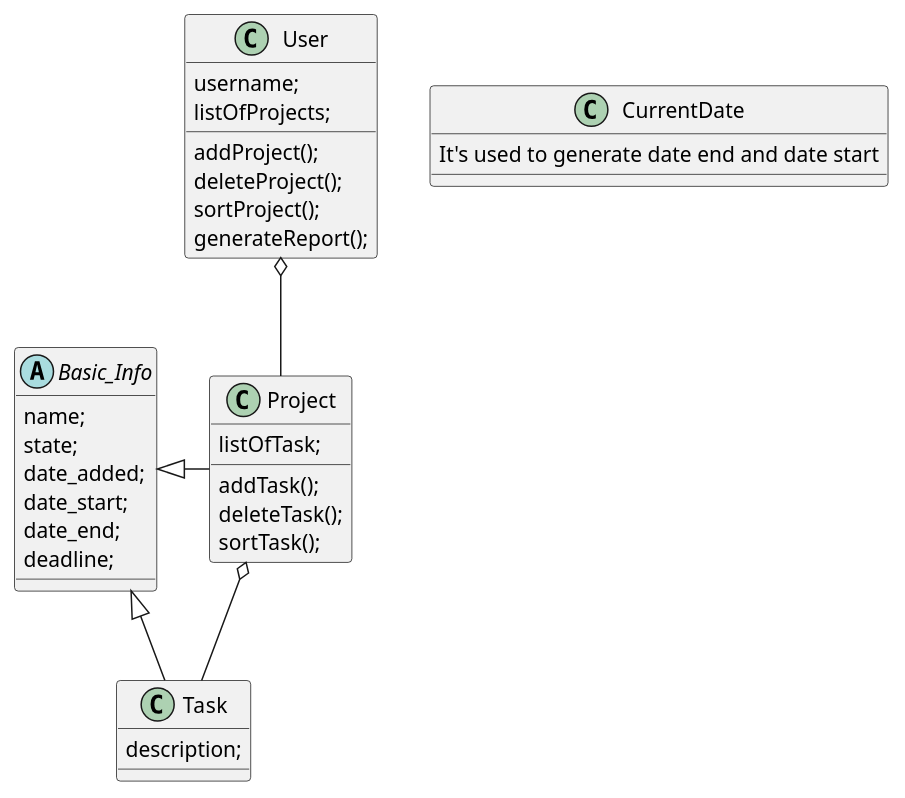
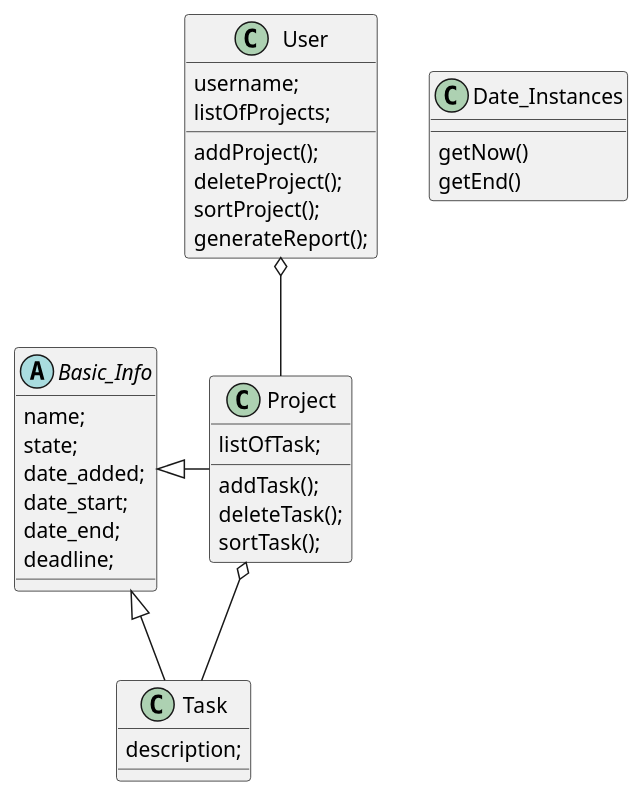
Before and after one commit to SoliGabiAnn/Task-manager: the diagram in Aplikacja_Do_Zarzadzania/Aplikacaj.puml, drawn with PlantUML. The commit also changed 10 other files, not shown here.

```diff
--- a/Aplikacja_Do_Zarzadzania/Aplikacaj.puml
+++ b/Aplikacja_Do_Zarzadzania/Aplikacaj.puml
@@ -1,47 +1,48 @@
 @startuml
 'https://plantuml.com/class-diagram
 
 class Basic_Info
 class Task
 class User
 class Project
 
 Project o-- Task
 User o-- Project
 Basic_Info <|- Task
 Basic_Info <|- Project
 
 abstract class Basic_Info{
 name;
 state;
 date_added;
 date_start;
 date_end;
 deadline;
 }
 
 class Task{
 description;
 }
 
 class Project{
 listOfTask;
 
 addTask();
 deleteTask();
 sortTask();
 }
 
 class User{
 username;
 listOfProjects;
 addProject();
 deleteProject();
 sortProject();
 generateReport();
 }
 
-class CurrentDate{
-It's used to generate date end and date start
+class Date_Instances{
+getNow()
+getEnd()
 }
 @enduml
```
